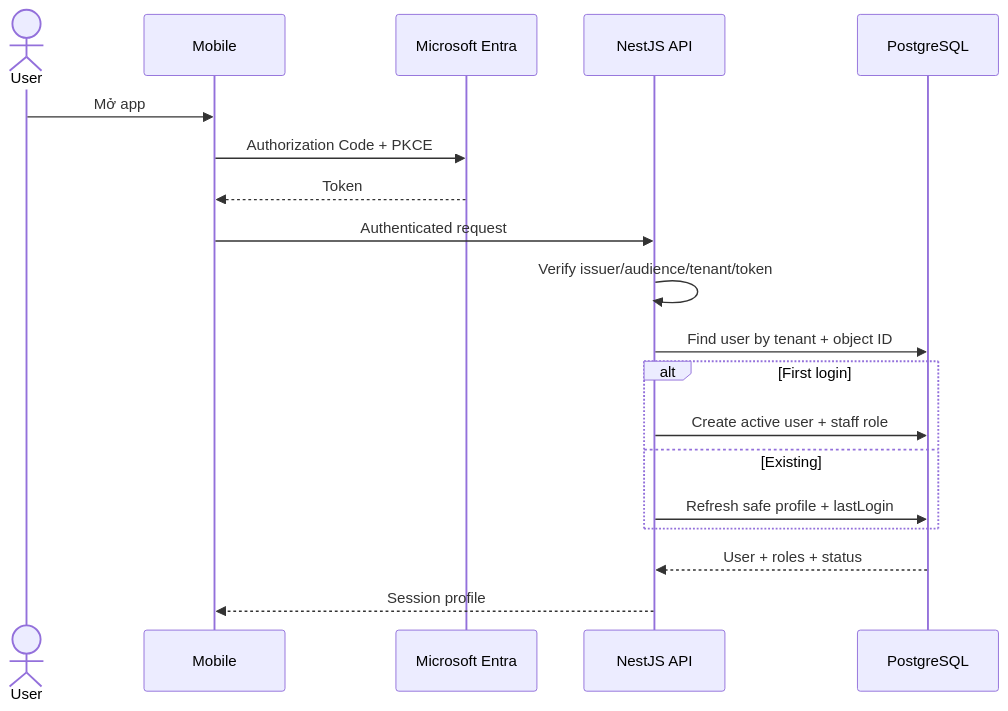
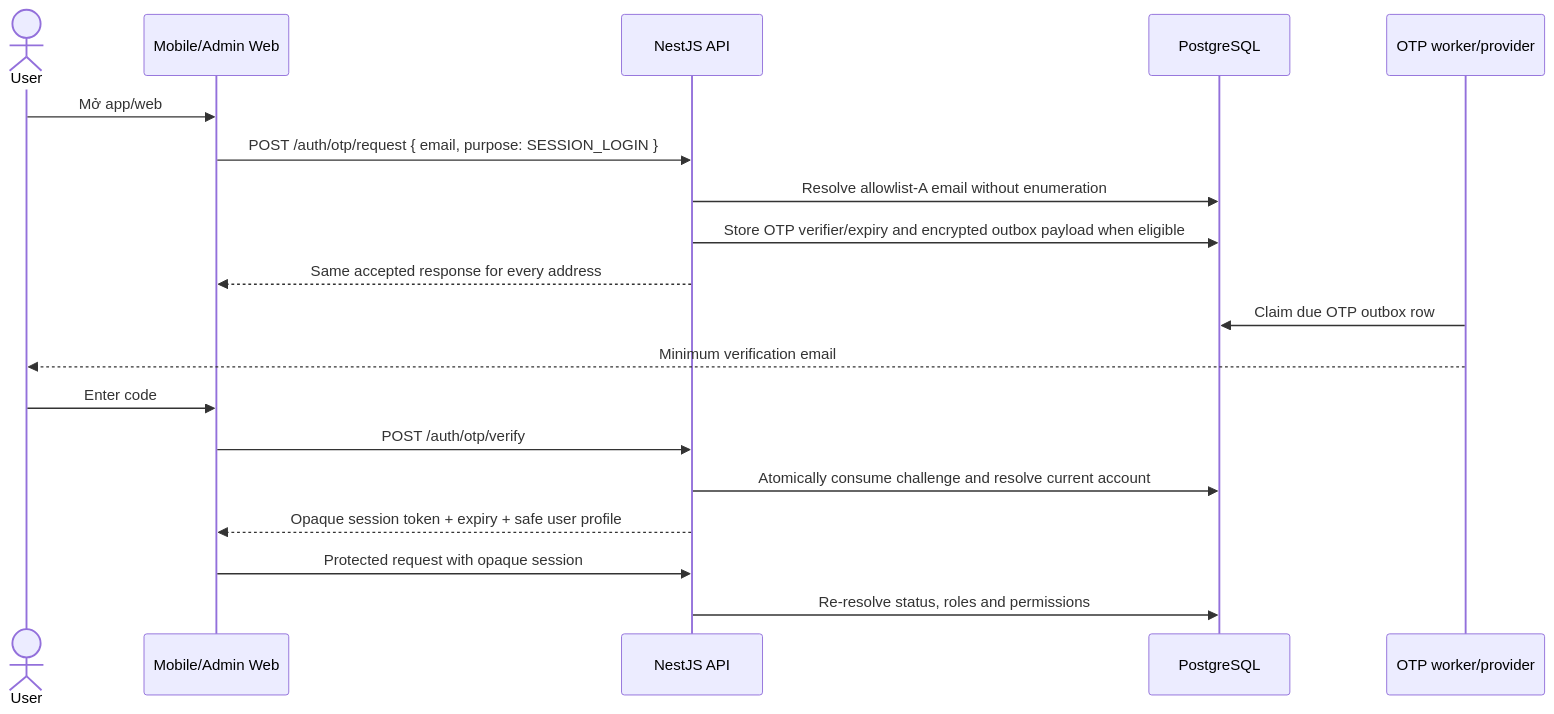
The first of 6 diagrams in docs/03-product-flows.md (Wkiugt/IMeal-v3), drawn with Mermaid before and after one commit. The commit also changed other lines of this file and 13 other files, not shown here.

````diff
--- a/docs/03-product-flows.md
+++ b/docs/03-product-flows.md
@@ -42,22 +42,22 @@
 ```mermaid
 sequenceDiagram
     actor U as User
-    participant M as Mobile
-    participant E as Microsoft Entra
+    participant M as Mobile/Admin Web
     participant API as NestJS API
     participant DB as PostgreSQL
+    participant W as OTP worker/provider
 
-    U->>M: Mở app
-    M->>E: Authorization Code + PKCE
-    E-->>M: Token
-    M->>API: Authenticated request
-    API->>API: Verify issuer/audience/tenant/token
-    API->>DB: Find user by tenant + object ID
-    alt First login
-        API->>DB: Create active user + staff role
-    else Existing
-        API->>DB: Refresh safe profile + lastLogin
-    end
-    DB-->>API: User + roles + status
-    API-->>M: Session profile
+    U->>M: Mở app/web
+    M->>API: POST /auth/otp/request { email, purpose: SESSION_LOGIN }
+    API->>DB: Resolve allowlist-A email without enumeration
+    API->>DB: Store OTP verifier/expiry and encrypted outbox payload when eligible
+    API-->>M: Same accepted response for every address
+    W->>DB: Claim due OTP outbox row
+    W-->>U: Minimum verification email
+    U->>M: Enter code
+    M->>API: POST /auth/otp/verify
+    API->>DB: Atomically consume challenge and resolve current account
+    API-->>M: Opaque session token + expiry + safe user profile
+    M->>API: Protected request with opaque session
+    API->>DB: Re-resolve status, roles and permissions
 ```
````
